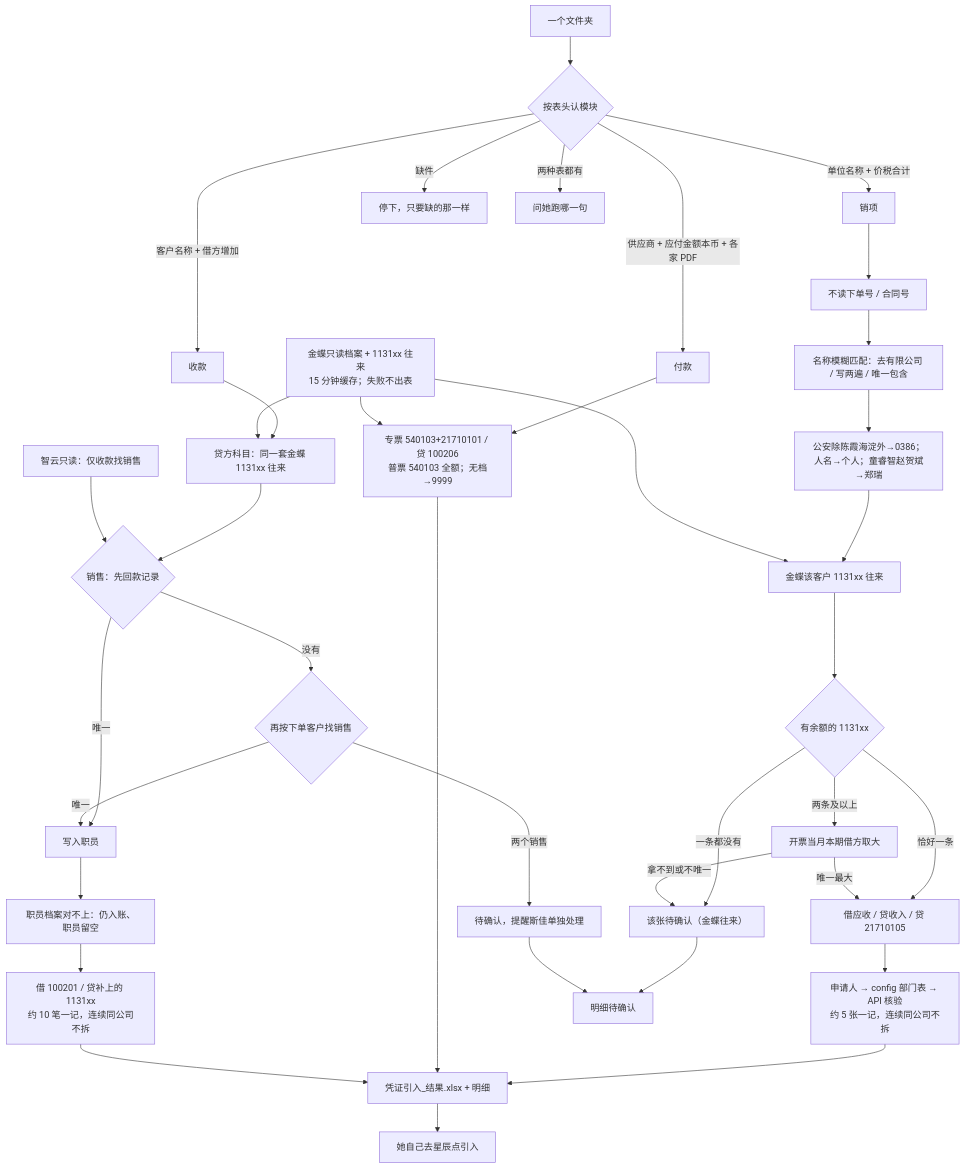
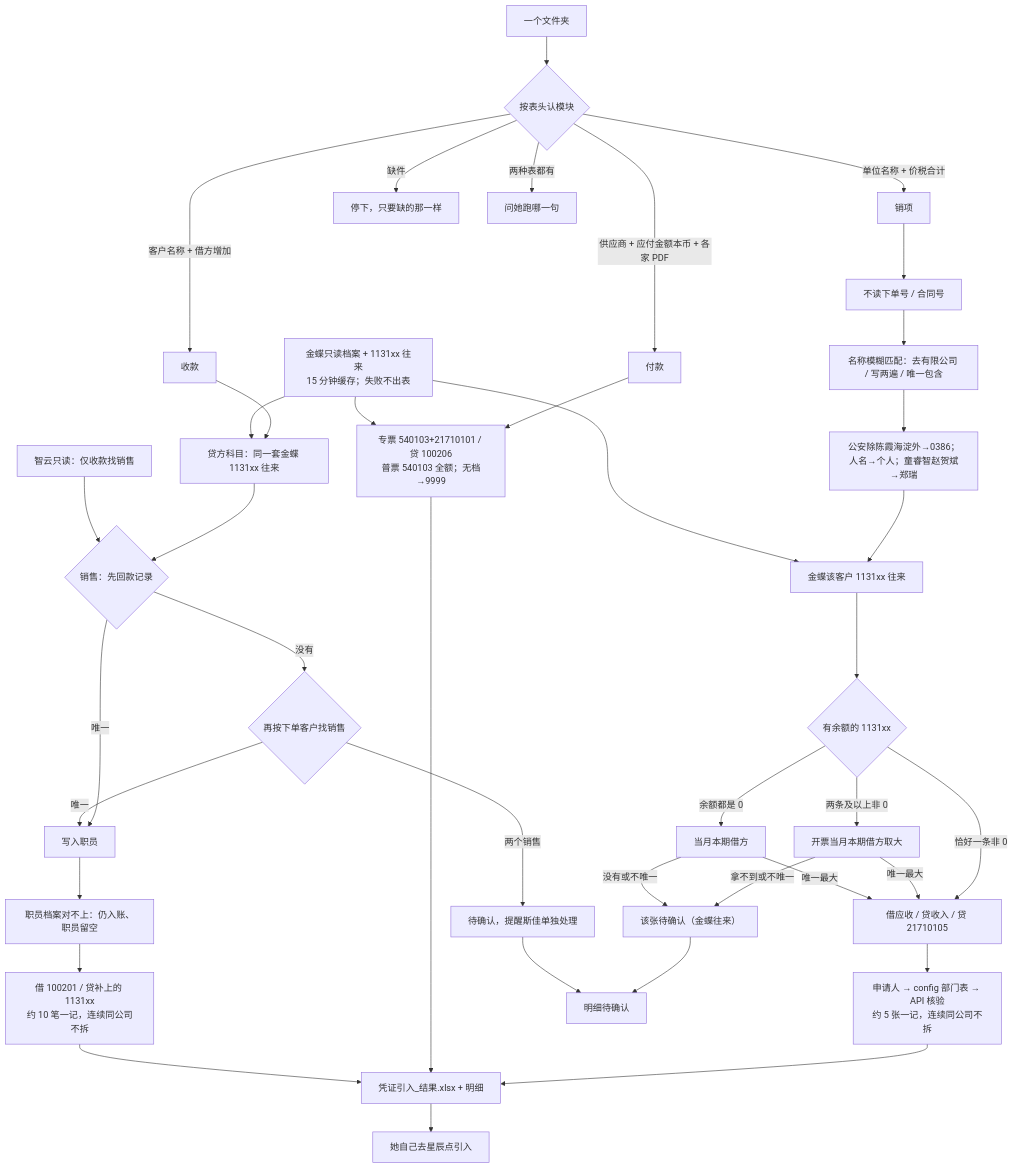
Before and after one commit to EvanLee2004/finance-skills: the diagram in skills/kingdee-posting/README.md, drawn with Mermaid. The commit also changed 2 other files, not shown here.

Commit message:
test(kingdee-posting): 冲平回退本期借方的注入用例
余额 0 且当月借方 113103 入账；无借方仍 hold 金蝶往来。README 图补上冲平回退。

````diff
--- a/skills/kingdee-posting/README.md
+++ b/skills/kingdee-posting/README.md
@@ -53,39 +53,41 @@
 ```mermaid
 flowchart TD
   A["一个文件夹"] --> B{"按表头认模块"}
   B -->|单位名称 + 价税合计| S["销项"]
   B -->|供应商 + 应付金额本币 + 各家 PDF| P["付款"]
   B -->|客户名称 + 借方增加| R["收款"]
   B -->|缺件| M["停下，只要缺的那一样"]
   B -->|两种表都有| Q["问她跑哪一句"]
   S --> S1["不读下单号 / 合同号"]
   S1 --> S1b["名称模糊匹配：去有限公司 / 写两遍 / 唯一包含"]
   S1b --> S1c["公安除陈霞海淀外→0386；人名→个人；童睿智赵贺斌→郑瑞"]
   S1c --> S2["金蝶该客户 1131xx 往来"]
   S2 --> S3{"有余额的 1131xx"}
-  S3 -->|恰好一条| S4["借应收 / 贷收入 / 贷 21710105"]
-  S3 -->|两条及以上| S5["开票当月本期借方取大"]
-  S3 -->|一条都没有| SH["该张待确认（金蝶往来）"]
-  S5 -->|拿不到或不唯一| SH
+  S3 -->|恰好一条非 0| S4["借应收 / 贷收入 / 贷 21710105"]
+  S3 -->|两条及以上非 0| S5["开票当月本期借方取大"]
+  S3 -->|余额都是 0| S3b["当月本期借方"]
+  S5 -->|拿不到或不唯一| SH["该张待确认（金蝶往来）"]
   S5 -->|唯一最大| S4
+  S3b -->|唯一最大| S4
+  S3b -->|没有或不唯一| SH
   S4 --> S6["申请人 → config 部门表 → API 核验<br/>约 5 张一记，连续同公司不拆"]
   P --> P1["专票 540103+21710101 / 贷 100206<br/>普票 540103 全额；无档→9999"]
   R --> R1["贷方科目：同一套金蝶 1131xx 往来"]
   R1 --> R2{"销售：先回款记录"}
   R2 -->|唯一| R4["写入职员"]
   R2 -->|没有| R3{"再按下单客户找销售"}
   R3 -->|唯一| R4
   R3 -->|两个销售| RH["待确认，提醒斯佳单独处理"]
   R4 --> R5["职员档案对不上：仍入账、职员留空"]
   R5 --> R6["借 100201 / 贷补上的 1131xx<br/>约 10 笔一记，连续同公司不拆"]
   S6 --> O["凭证引入_结果.xlsx + 明细"]
   P1 --> O
   R6 --> O
   SH --> D["明细待确认"]
   RH --> D
   O --> H["她自己去星辰点引入"]
   K["金蝶只读档案 + 1131xx 往来<br/>15 分钟缓存；失败不出表"] --> S2
   K --> P1
   K --> R1
   Z["智云只读：仅收款找销售"] --> R2
 ```
````
